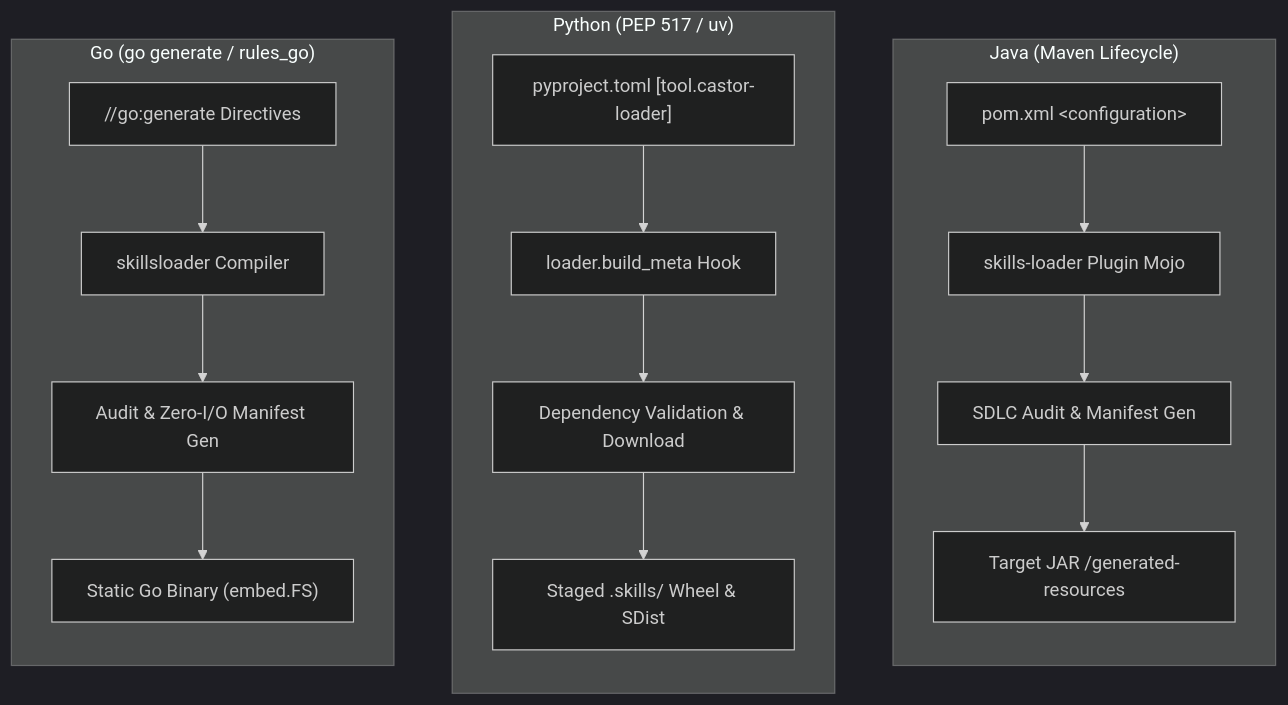
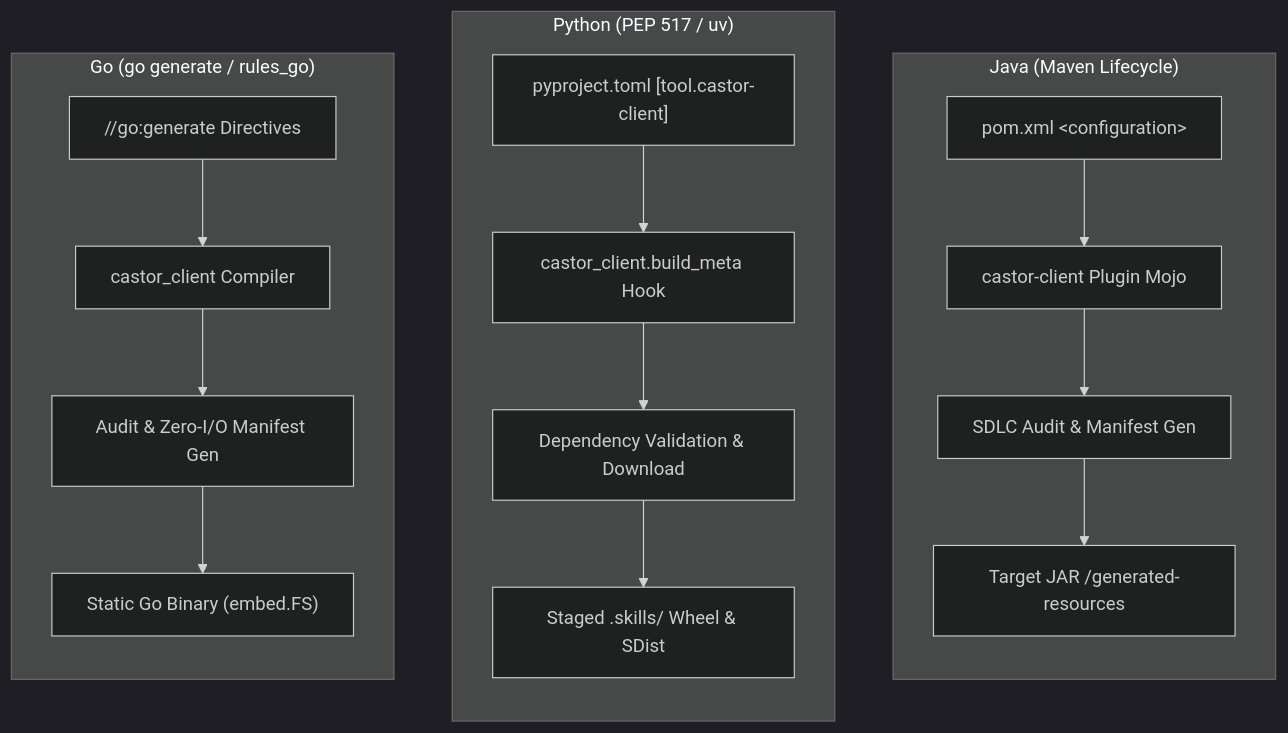
The diagram in docs/content/clients/_index.md (retail-cortex/skills), drawn with Mermaid (dark theme) before and after one commit. The commit also changed other lines of this file and 106 other files, not shown here.

````diff
--- a/docs/content/clients/_index.md
+++ b/docs/content/clients/_index.md
@@ -16,23 +16,23 @@
 ```mermaid
 graph TD
     subgraph Java ["Java (Maven Lifecycle)"]
         direction TB
-        J1["pom.xml &lt;configuration&gt;"] --> J2["skills-loader Plugin Mojo"]
+        J1["pom.xml &lt;configuration&gt;"] --> J2["castor-client Plugin Mojo"]
         J2 --> J3["SDLC Audit & Manifest Gen"]
         J3 --> J4["Target JAR /generated-resources"]
     end
 
     subgraph Python ["Python (PEP 517 / uv)"]
         direction TB
-        P1["pyproject.toml [tool.castor-loader]"] --> P2["loader.build_meta Hook"]
+        P1["pyproject.toml [tool.castor-client]"] --> P2["castor_client.build_meta Hook"]
         P2 --> P3["Dependency Validation & Download"]
         P3 --> P4["Staged .skills/ Wheel & SDist"]
     end
 
     subgraph Go ["Go (go generate / rules_go)"]
         direction TB
-        G1["//go:generate Directives"] --> G2["skillsloader Compiler"]
+        G1["//go:generate Directives"] --> G2["castor_client Compiler"]
         G2 --> G3["Audit & Zero-I/O Manifest Gen"]
         G3 --> G4["Static Go Binary (embed.FS)"]
     end
 ```
````
